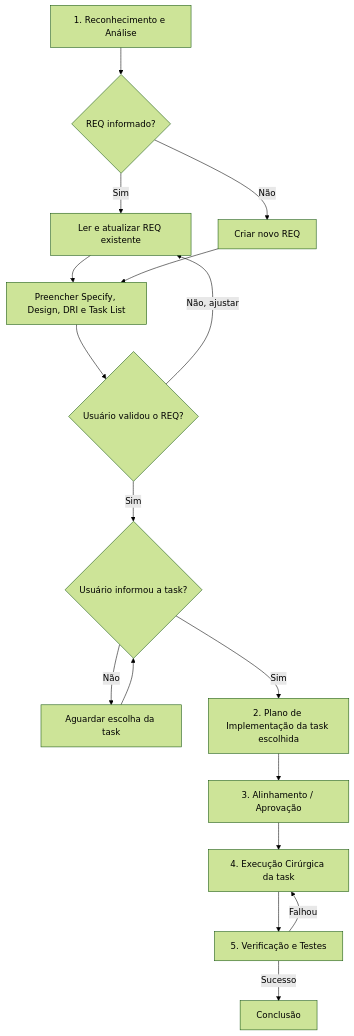
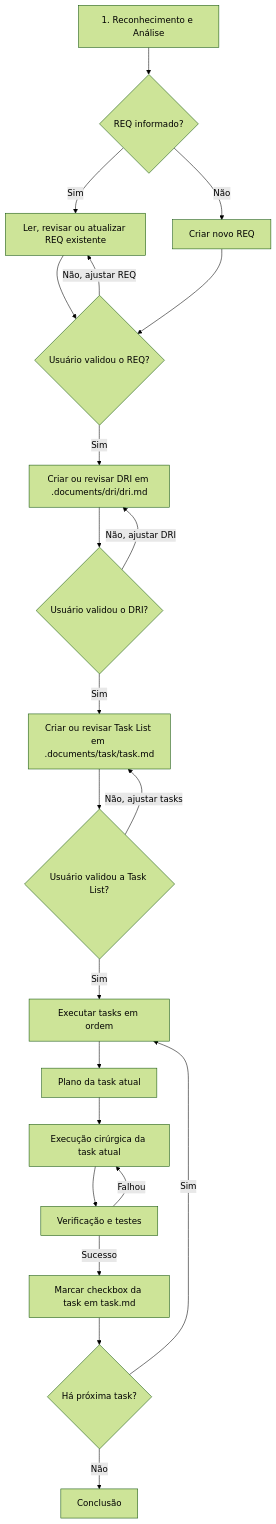
Before and after one commit to builttech/okestre-final: the diagram in GPT_INSTRUCTIONS.md, drawn with Mermaid (forest theme). The commit also changed other lines of this file, not shown here.

````diff
--- a/GPT_INSTRUCTIONS.md
+++ b/GPT_INSTRUCTIONS.md
@@ -23,19 +28,24 @@
 ```mermaid
 graph TD
     A["1. Reconhecimento e Análise"] --> B{"REQ informado?"}
-    B -->|"Sim"| C["Ler e atualizar REQ existente"]
+    B -->|"Sim"| C["Ler, revisar ou atualizar REQ existente"]
     B -->|"Não"| D["Criar novo REQ"]
-    C --> E["Preencher Specify, Design, DRI e Task List"]
+    C --> E{"Usuário validou o REQ?"}
     D --> E
-    E --> F{"Usuário validou o REQ?"}
-    F -->|"Não, ajustar"| C
-    F -->|"Sim"| G{"Usuário informou a task?"}
-    G -->|"Não"| H["Aguardar escolha da task"]
-    H --> G
-    G -->|"Sim"| I["2. Plano de Implementação da task escolhida"]
-    I --> J["3. Alinhamento / Aprovação"]
-    J --> K["4. Execução Cirúrgica da task"]
-    K --> L["5. Verificação e Testes"]
-    L -->|"Falhou"| K
-    L -->|"Sucesso"| M["Conclusão"]
+    E -->|"Não, ajustar REQ"| C
+    E -->|"Sim"| F["Criar ou revisar DRI em .documents/dri/dri.md"]
+    F --> G{"Usuário validou o DRI?"}
+    G -->|"Não, ajustar DRI"| F
+    G -->|"Sim"| H["Criar ou revisar Task List em .documents/task/task.md"]
+    H --> I{"Usuário validou a Task List?"}
+    I -->|"Não, ajustar tasks"| H
+    I -->|"Sim"| J["Executar tasks em ordem"]
+    J --> K["Plano da task atual"]
+    K --> L["Execução cirúrgica da task atual"]
+    L --> M["Verificação e testes"]
+    M -->|"Falhou"| L
+    M -->|"Sucesso"| N["Marcar checkbox da task em task.md"]
+    N --> O{"Há próxima task?"}
+    O -->|"Sim"| J
+    O -->|"Não"| P["Conclusão"]
 ```
````
